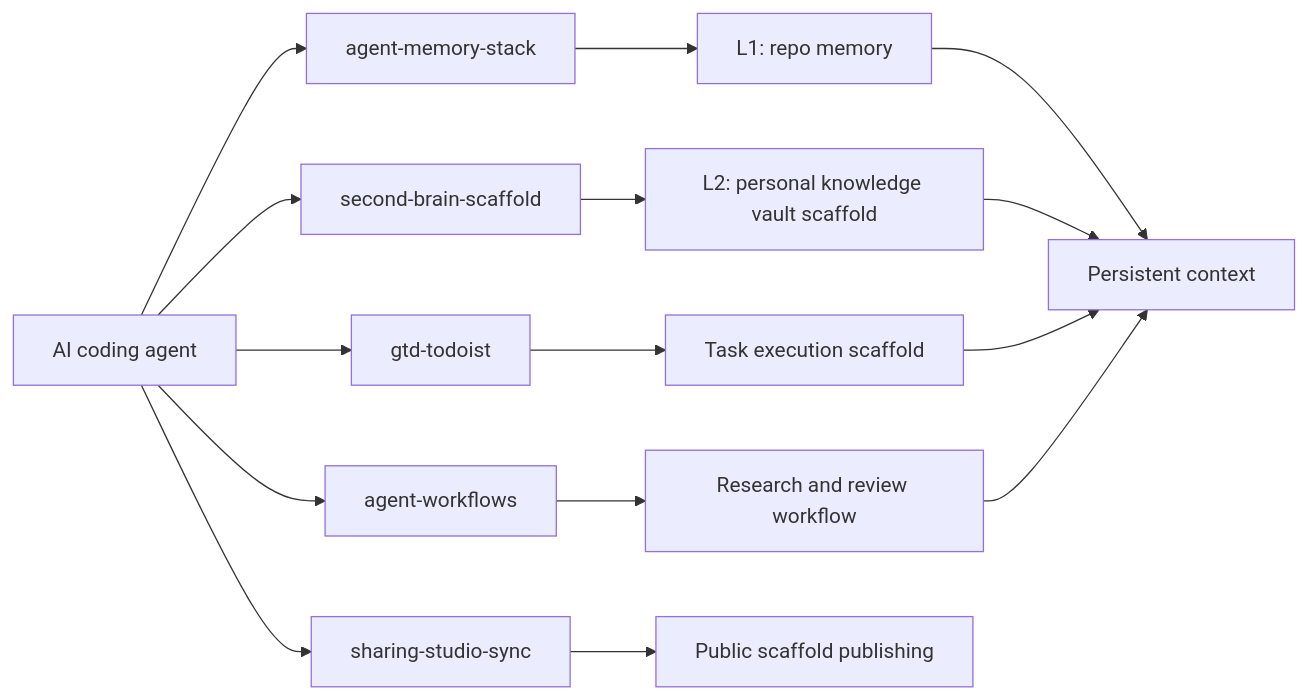
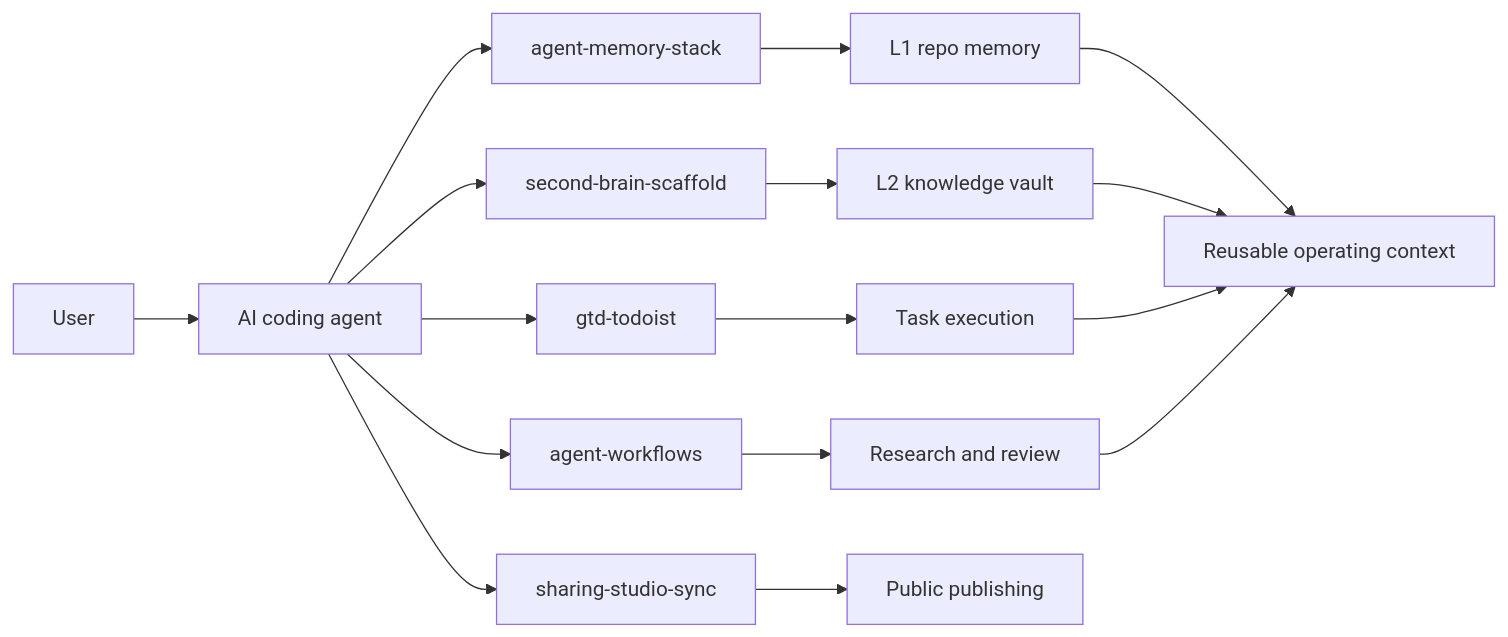
The diagram in README.md (kevinlasnh/sharing-studio), drawn with Mermaid before and after one commit. The commit also changed other lines of this file and 7 other files, not shown here.

Commit message:
Polish sharing-studio READMEs

````diff
--- a/README.md
+++ b/README.md
@@ -27,19 +34,20 @@
 ```mermaid
 flowchart LR
-  A[AI coding agent] --> B[agent-memory-stack]
-  A --> C[second-brain-scaffold]
-  A --> D[gtd-todoist]
-  A --> F[agent-workflows]
-  A --> G[sharing-studio-sync]
+  U[User] --> A[AI coding agent]
+  A --> M[agent-memory-stack]
+  A --> B[second-brain-scaffold]
+  A --> G[gtd-todoist]
+  A --> W[agent-workflows]
+  A --> S[sharing-studio-sync]
 
-  B --> B1[L1: repo memory]
-  C --> C1[L2: personal knowledge vault scaffold]
-  D --> D1[Task execution scaffold]
-  F --> F1[Research and review workflow]
-  G --> G1[Public scaffold publishing]
+  M --> M1[L1 repo memory]
+  B --> B1[L2 knowledge vault]
+  G --> G1[Task execution]
+  W --> W1[Research and review]
+  S --> S1[Public publishing]
 
-  B1 --> E[Persistent context]
-  C1 --> E
-  D1 --> E
-  F1 --> E
+  M1 --> C[Reusable operating context]
+  B1 --> C
+  G1 --> C
+  W1 --> C
 ```
````
